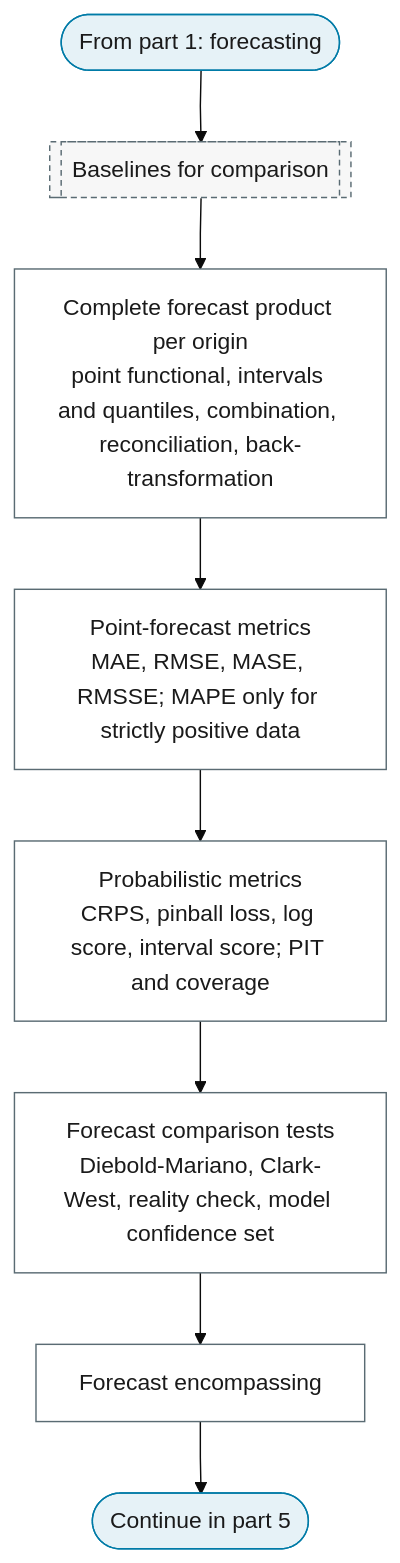
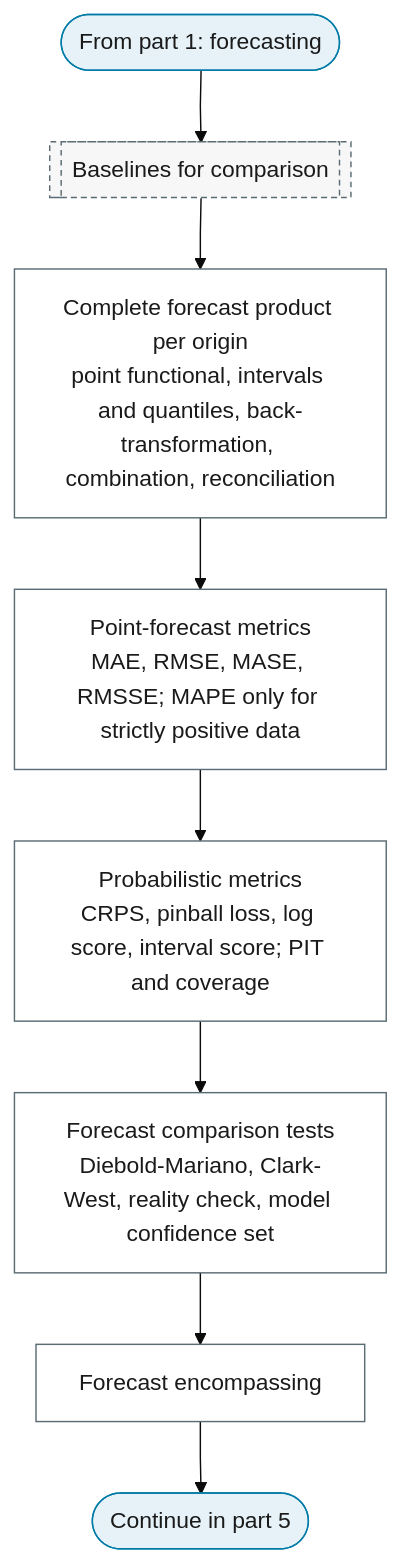
Before and after one commit to Shuxin-Y/time-series-analysis-manual: the second of 5 diagrams in docs/01-workflow/p10-evaluation-selection.md, drawn with Mermaid (base theme). The commit also changed 8 other files, not shown here.

````diff
--- a/docs/01-workflow/p10-evaluation-selection.md
+++ b/docs/01-workflow/p10-evaluation-selection.md
@@ -34,22 +34,22 @@
 ```mermaid
 %%{init: {"flowchart": {"curve": "linear"}}}%%
 graph TD
     P10_PART_2_IN(["From part 1: forecasting"]) --> P0_FC_BASELINES[["Baselines for comparison"]]
-    P0_FC_BASELINES --> P10_FORECAST_PRODUCT["Complete forecast product per origin<br/>point functional, intervals and quantiles, combination, reconciliation, back-transformation"]
+    P0_FC_BASELINES --> P10_FORECAST_PRODUCT["Complete forecast product per origin<br/>point functional, intervals and quantiles, back-transformation, combination, reconciliation"]
     P10_FORECAST_PRODUCT --> P10_POINT_METRICS["Point-forecast metrics<br/>MAE, RMSE, MASE, RMSSE; MAPE only for strictly positive data"]
     P10_POINT_METRICS --> P10_PROBABILISTIC_METRICS["Probabilistic metrics<br/>CRPS, pinball loss, log score, interval score; PIT and coverage"]
     P10_PROBABILISTIC_METRICS --> P10_FORECAST_COMPARISON["Forecast comparison tests<br/>Diebold-Mariano, Clark-West, reality check, model confidence set"]
     P10_FORECAST_COMPARISON --> P10_ENCOMPASSING["Forecast encompassing"]
     P10_ENCOMPASSING --> P10_PART_2_OUT(["Continue in part 5"])
     class P10_PART_2_IN,P10_PART_2_OUT terminator
     class P10_FORECAST_PRODUCT,P10_POINT_METRICS,P10_PROBABILISTIC_METRICS,P10_FORECAST_COMPARISON,P10_ENCOMPASSING process
     class P0_FC_BASELINES ref
     classDef terminator fill:#E6F2F7,stroke:#007BA7,color:#1A1A1A;
     classDef process fill:#FFFFFF,stroke:#5A6B73,color:#1A1A1A;
     classDef decision fill:#EFE7F0,stroke:#9B7FA7,color:#1A1A1A;
     classDef data fill:#FFF4E0,stroke:#C9A55E,color:#1A1A1A;
     classDef good fill:#DCEFD8,stroke:#4A7A3F,color:#1A1A1A;
     classDef escalate fill:#FFE9C2,stroke:#C9A55E,color:#1A1A1A;
     classDef problem fill:#F2D9DE,stroke:#800020,color:#1A1A1A;
     classDef ref fill:#F7F7F7,stroke:#5A6B73,color:#1A1A1A,stroke-dasharray:4 3;
 ```
````
